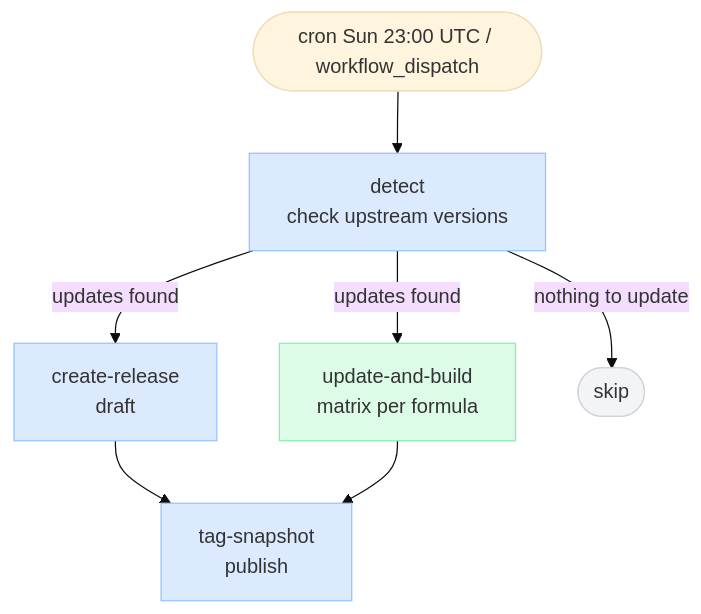
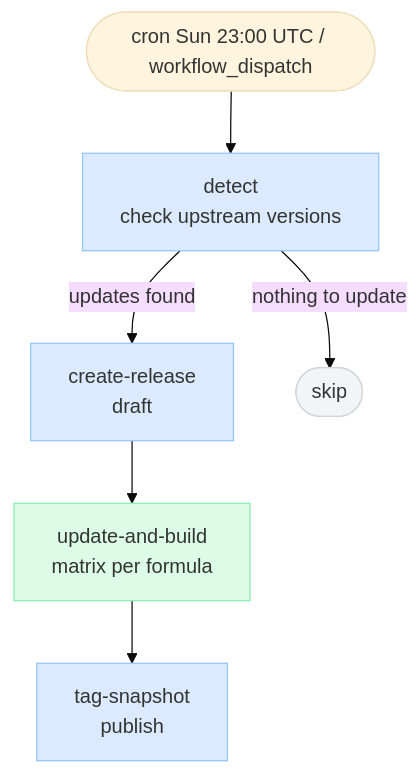
One commit to patrick204nqh/homebrew-tap changed the diagram in docs/architecture/diagrams/03-snapshot-weekly-auto-update.mmd. Above: the diagram before and after it, drawn with Mermaid (base theme). The commit also changed 4 other files, not shown here.

First line of the commit message:
docs: update CI pipeline diagrams to reflect refactored workflows

```diff
--- a/docs/architecture/diagrams/03-snapshot-weekly-auto-update.mmd
+++ b/docs/architecture/diagrams/03-snapshot-weekly-auto-update.mmd
@@ -1,19 +1,20 @@
 flowchart TD
     T([cron Sun 23:00 UTC / workflow_dispatch])
 
     DETECT[detect\ncheck upstream versions]
     CREATE[create-release\ndraft]
     BUILD[update-and-build\nmatrix per formula]
     TAG[tag-snapshot\npublish]
     SKIP([skip])
 
     T --> DETECT
-    DETECT -->|updates found| CREATE & BUILD
+    DETECT -->|updates found| CREATE
     DETECT -->|nothing to update| SKIP
-    CREATE & BUILD --> TAG
+    CREATE --> BUILD
+    BUILD --> TAG
 
     style DETECT fill:#dbeafe,stroke:#93c5fd
     style CREATE fill:#dbeafe,stroke:#93c5fd
     style BUILD  fill:#dcfce7,stroke:#86efac
     style TAG    fill:#dbeafe,stroke:#93c5fd
     style SKIP   fill:#f3f4f6,stroke:#d1d5db
```
